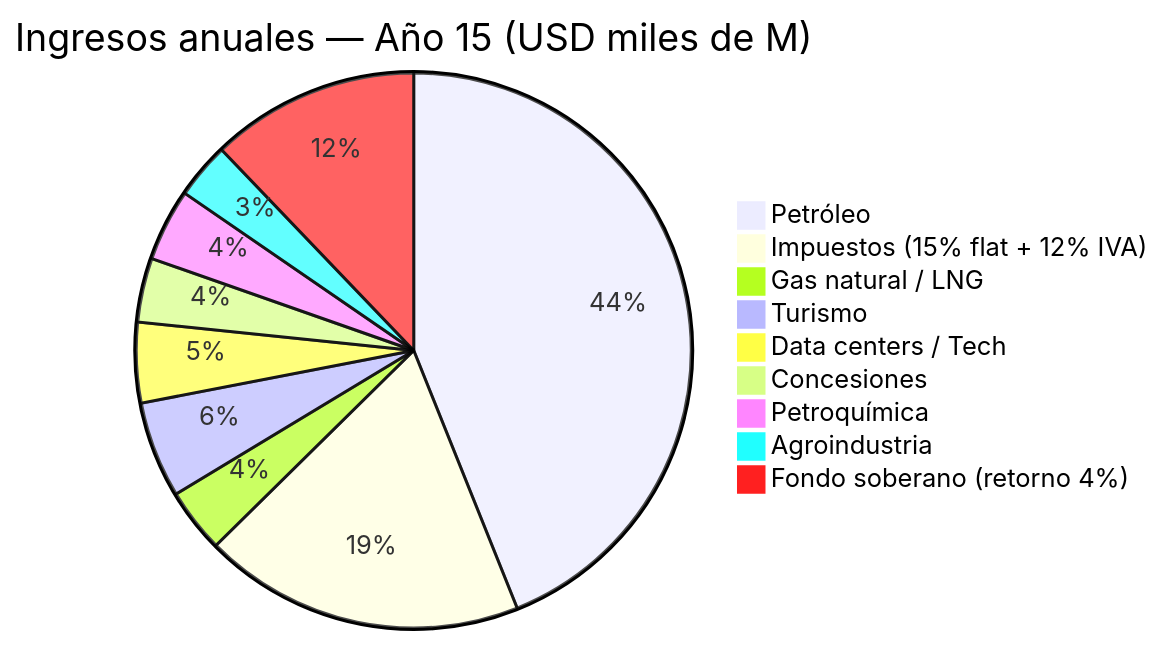
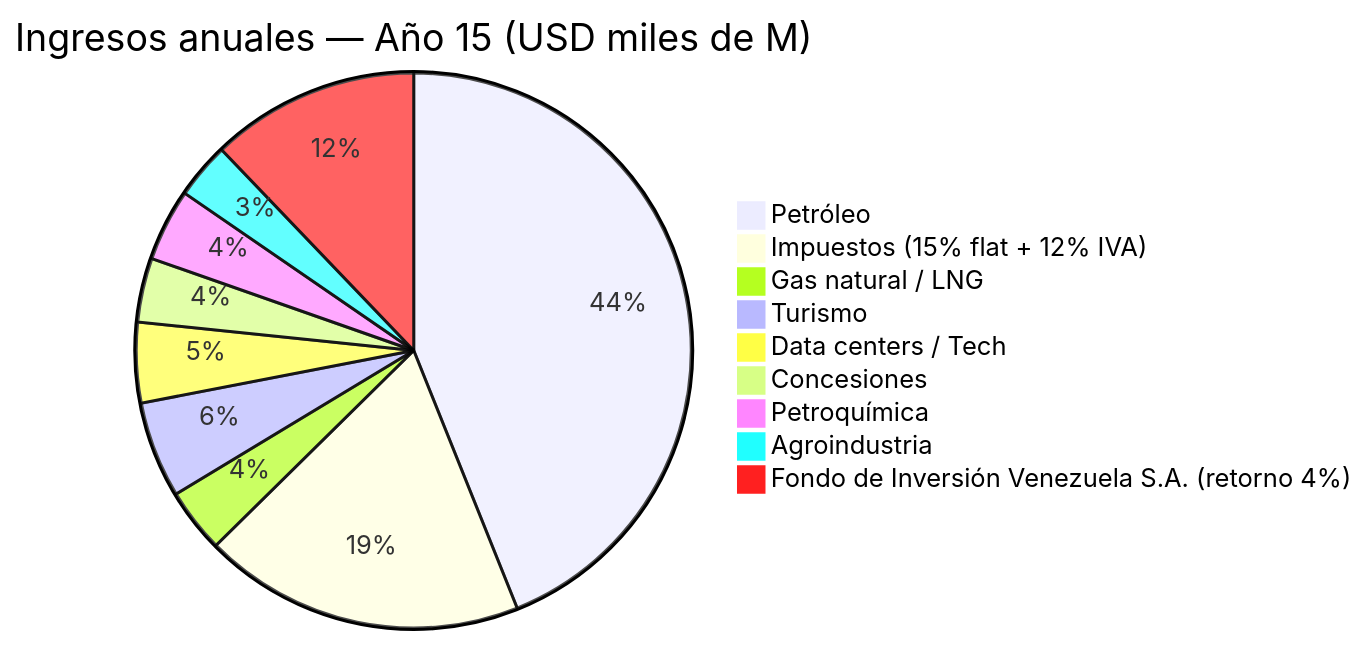
The second of 4 diagrams in docs/08-pitch/business-model-canvas.md (Venezuela-S-A/venezuela-sa), drawn with Mermaid before and after one commit. The commit also changed other lines of this file and 33 other files, not shown here.

First line of the commit message:
refactor: rename 'fondo soberano' to 'Fondo de Inversión Venezuela S.A.'

````diff
--- a/docs/08-pitch/business-model-canvas.md
+++ b/docs/08-pitch/business-model-canvas.md
@@ -155,12 +155,12 @@
 ```mermaid
 pie title Ingresos anuales — Año 15 (USD miles de M)
     "Petróleo" : 47
     "Impuestos (15% flat + 12% IVA)" : 20
     "Gas natural / LNG" : 4
     "Turismo" : 6
     "Data centers / Tech" : 5
     "Concesiones" : 4
     "Petroquímica" : 4.5
     "Agroindustria" : 3.5
-    "Fondo soberano (retorno 4%)" : 13
+    "Fondo de Inversión Venezuela S.A. (retorno 4%)" : 13
 ```
````
